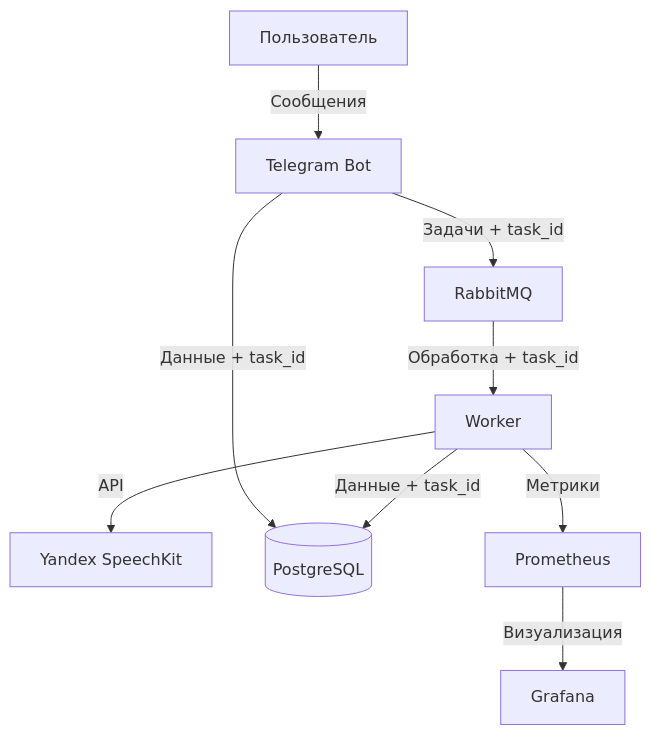
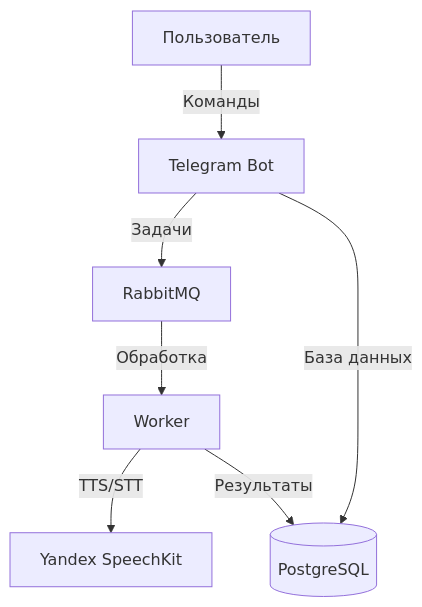
One commit to naumtsevalex/python_ml_billing_service changed the first of 6 diagrams in DETAILS.md. Above: the diagram before and after it, drawn with Mermaid. The commit also changed other lines of this file, not shown here.

````diff
--- a/DETAILS.md
+++ b/DETAILS.md
@@ -5,11 +5,9 @@
 ```mermaid
 graph TD
-    User[Пользователь] -->|Сообщения| Bot[Telegram Bot]
-    Bot -->|Задачи + task_id| RabbitMQ[RabbitMQ]
-    RabbitMQ -->|Обработка + task_id| Worker[Worker]
-    Worker -->|API| Yandex[Yandex SpeechKit]
-    Bot -->|Данные + task_id| DB[(PostgreSQL)]
-    Worker -->|Данные + task_id| DB
-    Worker -->|Метрики| Prometheus[Prometheus]
-    Prometheus -->|Визуализация| Grafana[Grafana]
+    User[Пользователь] -->|Команды| Bot[Telegram Bot]
+    Bot -->|Задачи| RabbitMQ[RabbitMQ]
+    RabbitMQ -->|Обработка| Worker[Worker]
+    Worker -->|TTS/STT| Yandex[Yandex SpeechKit]
+    Bot -->|База данных| DB[(PostgreSQL)]
+    Worker -->|Результаты| DB
 ```
````
